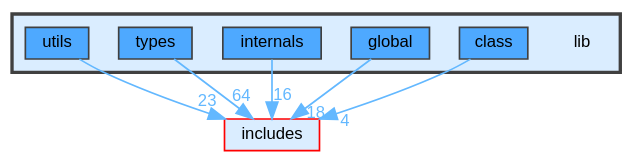
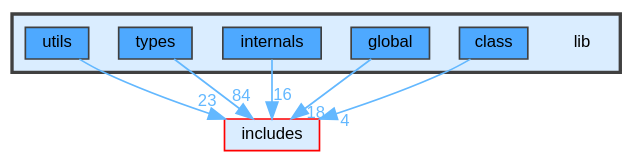
Before and after one commit to JS-CMP/JS-CMP: the diagram in dir_97aefd0d527b934f1d99a682da8fe6a9_dep.dot, drawn with Graphviz. The commit also changed 298 other files, not shown here.

```diff
--- a/dir_97aefd0d527b934f1d99a682da8fe6a9_dep.dot
+++ b/dir_97aefd0d527b934f1d99a682da8fe6a9_dep.dot
@@ -1,23 +1,23 @@
 digraph "lib"
 {
  // LATEX_PDF_SIZE
   bgcolor="transparent";
   edge [fontname=Helvetica,fontsize=10,labelfontname=Helvetica,labelfontsize=10];
   node [fontname=Helvetica,fontsize=10,shape=box,height=0.2,width=0.4];
   compound=true
   subgraph clusterdir_97aefd0d527b934f1d99a682da8fe6a9 {
     graph [ bgcolor="#daedff", pencolor="grey25", label="", fontname=Helvetica,fontsize=10 style="filled,bold", URL="dir_97aefd0d527b934f1d99a682da8fe6a9.html",tooltip=""]
     dir_97aefd0d527b934f1d99a682da8fe6a9 [shape=plaintext, label="lib"];
   dir_285d619cbfa84c6430bdb6c8ccfd6309 [label="class", fillcolor="#4ea9ff", color="grey25", style="filled", URL="dir_285d619cbfa84c6430bdb6c8ccfd6309.html",tooltip=""];
   dir_e5351f453d76e877d7266eb645a452b4 [label="global", fillcolor="#4ea9ff", color="grey25", style="filled", URL="dir_e5351f453d76e877d7266eb645a452b4.html",tooltip=""];
   dir_b676090d228801dd7ffbbb73657bbc43 [label="internals", fillcolor="#4ea9ff", color="grey25", style="filled", URL="dir_b676090d228801dd7ffbbb73657bbc43.html",tooltip=""];
   dir_560694f03ee5bf1136d79e4f1ca1ca37 [label="types", fillcolor="#4ea9ff", color="grey25", style="filled", URL="dir_560694f03ee5bf1136d79e4f1ca1ca37.html",tooltip=""];
   dir_4ce02b87227cef1244bdd1fa3b12a08b [label="utils", fillcolor="#4ea9ff", color="grey25", style="filled", URL="dir_4ce02b87227cef1244bdd1fa3b12a08b.html",tooltip=""];
   }
   dir_09e761304027c904456130627fd4dcf5 [label="includes", fillcolor="#daedff", color="red", style="filled", URL="dir_09e761304027c904456130627fd4dcf5.html",tooltip=""];
-  dir_285d619cbfa84c6430bdb6c8ccfd6309->dir_09e761304027c904456130627fd4dcf5 [headlabel="4", labeldistance=1.5 headhref="dir_000003_000007.html" href="dir_000003_000007.html" color="steelblue1" fontcolor="steelblue1"];
-  dir_e5351f453d76e877d7266eb645a452b4->dir_09e761304027c904456130627fd4dcf5 [headlabel="18", labeldistance=1.5 headhref="dir_000006_000007.html" href="dir_000006_000007.html" color="steelblue1" fontcolor="steelblue1"];
-  dir_b676090d228801dd7ffbbb73657bbc43->dir_09e761304027c904456130627fd4dcf5 [headlabel="16", labeldistance=1.5 headhref="dir_000009_000007.html" href="dir_000009_000007.html" color="steelblue1" fontcolor="steelblue1"];
-  dir_560694f03ee5bf1136d79e4f1ca1ca37->dir_09e761304027c904456130627fd4dcf5 [headlabel="64", labeldistance=1.5 headhref="dir_000022_000007.html" href="dir_000022_000007.html" color="steelblue1" fontcolor="steelblue1"];
-  dir_4ce02b87227cef1244bdd1fa3b12a08b->dir_09e761304027c904456130627fd4dcf5 [headlabel="23", labeldistance=1.5 headhref="dir_000024_000007.html" href="dir_000024_000007.html" color="steelblue1" fontcolor="steelblue1"];
+  dir_285d619cbfa84c6430bdb6c8ccfd6309->dir_09e761304027c904456130627fd4dcf5 [headlabel="4", labeldistance=1.5 headhref="dir_000004_000009.html" href="dir_000004_000009.html" color="steelblue1" fontcolor="steelblue1"];
+  dir_e5351f453d76e877d7266eb645a452b4->dir_09e761304027c904456130627fd4dcf5 [headlabel="18", labeldistance=1.5 headhref="dir_000008_000009.html" href="dir_000008_000009.html" color="steelblue1" fontcolor="steelblue1"];
+  dir_b676090d228801dd7ffbbb73657bbc43->dir_09e761304027c904456130627fd4dcf5 [headlabel="16", labeldistance=1.5 headhref="dir_000011_000009.html" href="dir_000011_000009.html" color="steelblue1" fontcolor="steelblue1"];
+  dir_560694f03ee5bf1136d79e4f1ca1ca37->dir_09e761304027c904456130627fd4dcf5 [headlabel="84", labeldistance=1.5 headhref="dir_000026_000009.html" href="dir_000026_000009.html" color="steelblue1" fontcolor="steelblue1"];
+  dir_4ce02b87227cef1244bdd1fa3b12a08b->dir_09e761304027c904456130627fd4dcf5 [headlabel="23", labeldistance=1.5 headhref="dir_000028_000009.html" href="dir_000028_000009.html" color="steelblue1" fontcolor="steelblue1"];
 }
```
